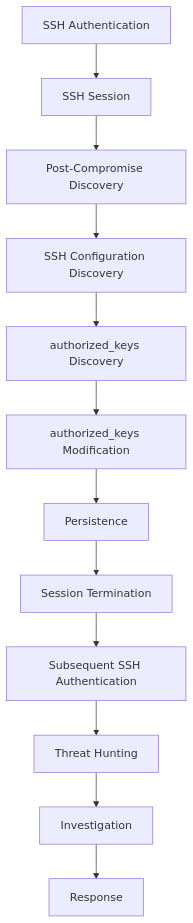
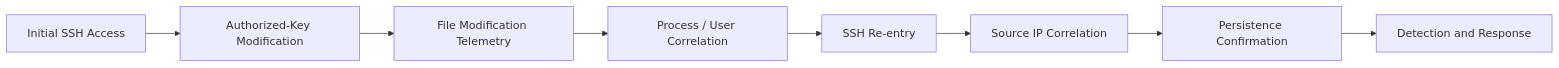
One commit to KdMenon007/CatchMe-SOC-Project-01 changed the diagram in hunt-hypothesis.md. Above: the diagram before and after it, drawn with Mermaid. The commit also changed other lines of this file and 5 other files, not shown here.

````diff
--- a/hunt-hypothesis.md
+++ b/hunt-hypothesis.md
@@ -56,14 +61,10 @@
 ```mermaid
-flowchart TD
-    A[SSH Authentication] --> B[SSH Session]
-    B --> C[Post-Compromise Discovery]
-    C --> D[SSH Configuration Discovery]
-    D --> E[authorized_keys Discovery]
-    E --> F[authorized_keys Modification]
-    F --> G[Persistence]
-    G --> H[Session Termination]
-    H --> I[Subsequent SSH Authentication]
-    I --> J[Threat Hunting]
-    J --> K[Investigation]
-    K --> L[Response]
+flowchart LR
+    A["Initial SSH Access"] --> B["Authorized-Key Modification"]
+    B --> C["File Modification Telemetry"]
+    C --> D["Process / User Correlation"]
+    D --> E["SSH Re-entry"]
+    E --> F["Source IP Correlation"]
+    F --> G["Persistence Confirmation"]
+    G --> H["Detection and Response"]
 ```
````
